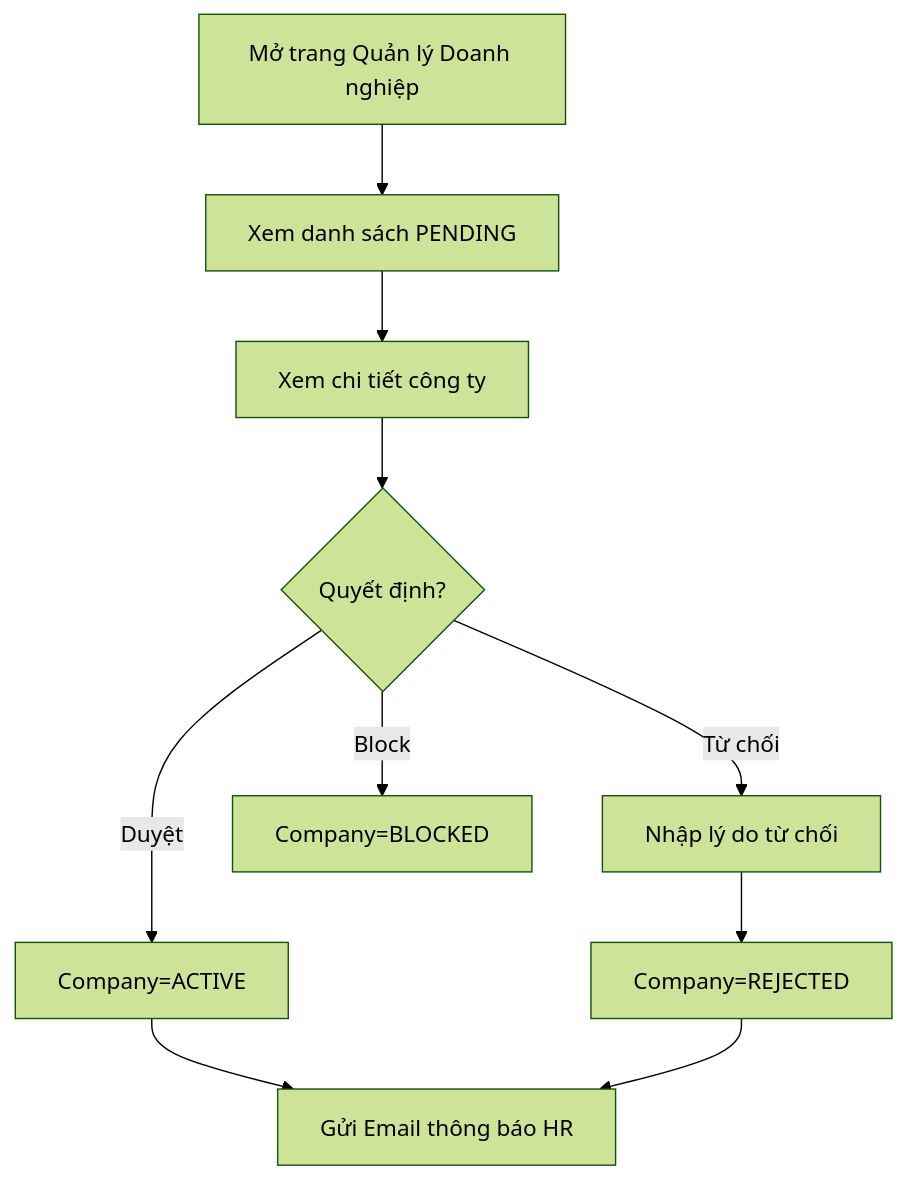
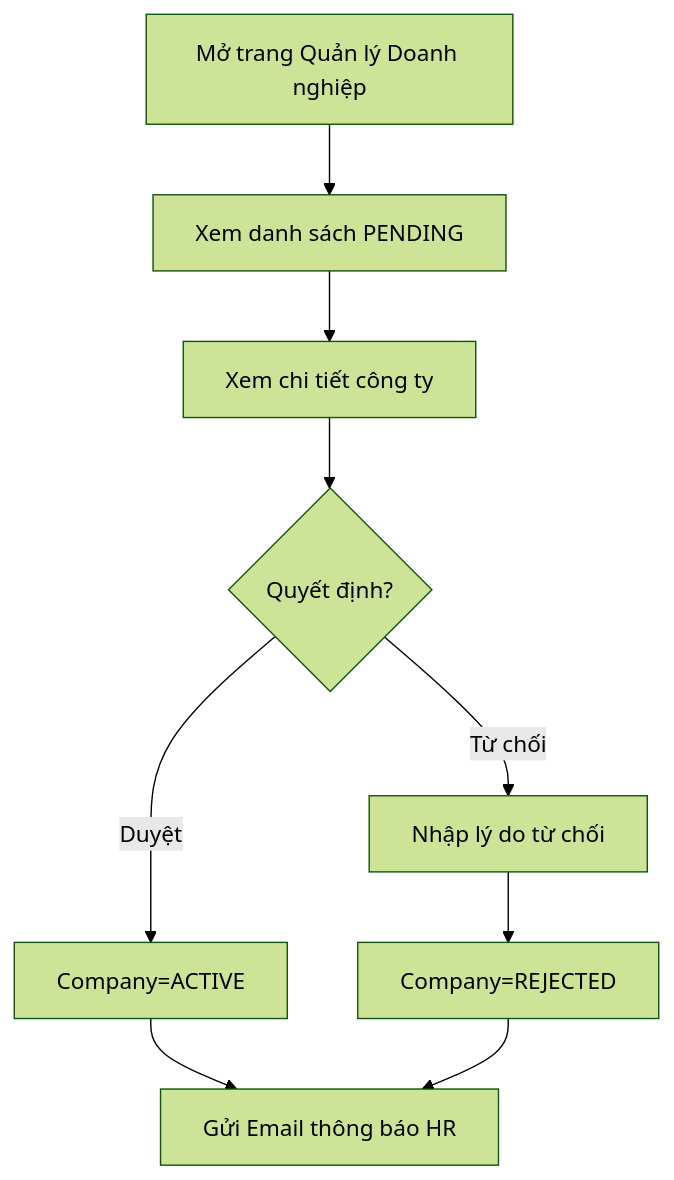
One commit to VanHaPtit/EasyTech_FE changed the diagram in nghiep_vu/epic-02_Admin_Area/user-story-06_Admin_Duyet_Doanh_Nghiep/user-story.md. Above: the diagram before and after it, drawn with Mermaid (forest theme). The commit also changed 290 other files, not shown here.

````diff
--- a/nghiep_vu/epic-02_Admin_Area/user-story-06_Admin_Duyet_Doanh_Nghiep/user-story.md
+++ b/nghiep_vu/epic-02_Admin_Area/user-story-06_Admin_Duyet_Doanh_Nghiep/user-story.md
@@ -11,12 +11,12 @@
 ```mermaid
 graph TD
     A[Mở trang Quản lý Doanh nghiệp] --> B[Xem danh sách PENDING]
     B --> C[Xem chi tiết công ty]
     C --> D{Quyết định?}
     D -- Duyệt --> E[Company=ACTIVE]
     E --> F[Gửi Email thông báo HR]
     D -- Từ chối --> G[Nhập lý do từ chối]
     G --> H[Company=REJECTED]
     H --> F
-    D -- Block --> I[Company=BLOCKED]
+    %% Note: BLOCKED state là Future Enhancement
 ```
````
